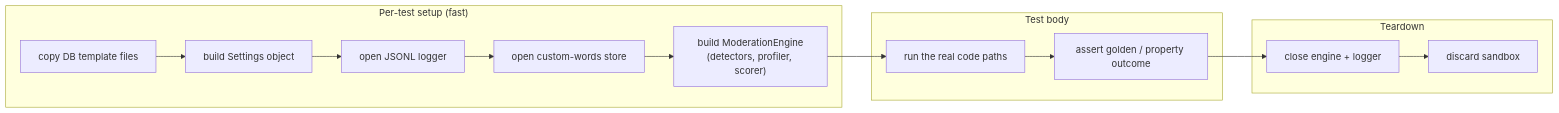
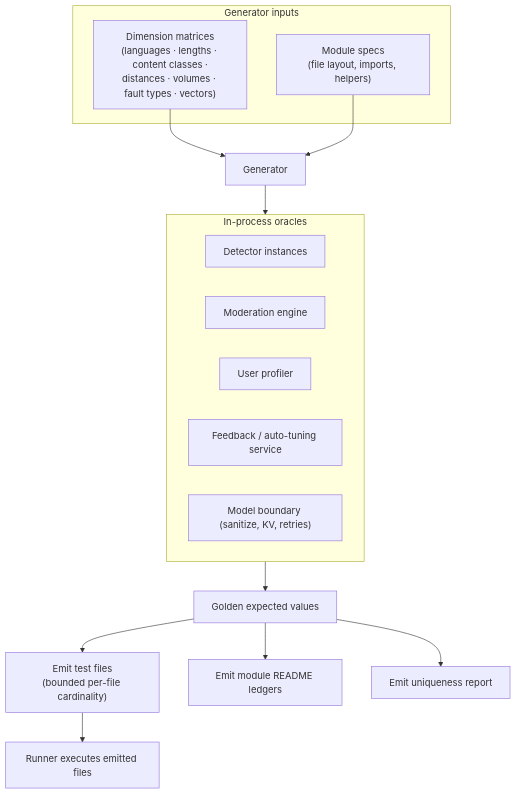
One commit to biszdevelopers/general-moderation changed the tenth of 14 diagrams in docs/guide/testing.md. Above: the diagram before and after it, drawn with Mermaid. The commit also changed other lines of this file, not shown here.

Commit message:
[TEST-DOCS] Expand testing architecture guide to textbook depth, number-free

````diff
--- a/docs/guide/testing.md
+++ b/docs/guide/testing.md
@@ -108,19 +400,22 @@
 ```mermaid
-flowchart LR
-    subgraph Setup["Per-test setup (fast)"]
-        C["copy DB template files"]
-        S["build Settings object"]
-        L["open JSONL logger"]
-        WB["open custom-words store"]
-        E["build ModerationEngine<br/>(detectors, profiler, scorer)"]
+flowchart TB
+    subgraph Inputs["Generator inputs"]
+        DIM["Dimension matrices<br/>(languages · lengths · content classes ·<br/>distances · volumes · fault types · vectors)"]
+        SRC["Module specs<br/>(file layout, imports, helpers)"]
     end
-    subgraph Body["Test body"]
-        M["run the real code paths"]
-        A["assert golden / property outcome"]
+    subgraph Oracle["In-process oracles"]
+        DET["Detector instances"]
+        ENG["Moderation engine"]
+        PRF["User profiler"]
+        FB["Feedback / auto-tuning service"]
+        MOD["Model boundary (sanitize, KV, retries)"]
     end
-    subgraph Teardown["Teardown"]
-        T["close engine + logger"]
-        D["discard sandbox"]
-    end
-    C --> S --> L --> WB --> E --> M --> A --> T --> D
+    DIM --> GEN["Generator"]
+    SRC --> GEN
+    GEN --> Oracle
+    Oracle --> GOLD["Golden expected values"]
+    GOLD --> FILES["Emit test files<br/>(bounded per-file cardinality)"]
+    GOLD --> LEDGERS["Emit module README ledgers"]
+    GOLD --> REPORT["Emit uniqueness report"]
+    FILES --> RUN["Runner executes emitted files"]
 ```
````
